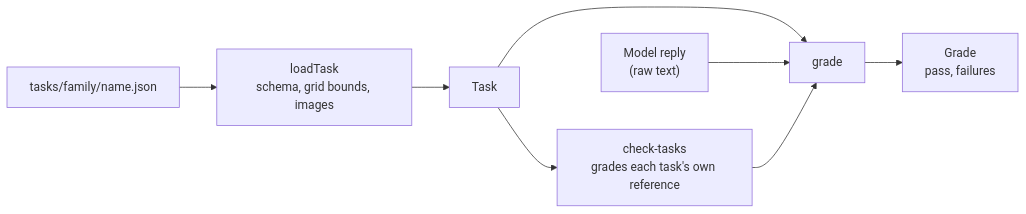
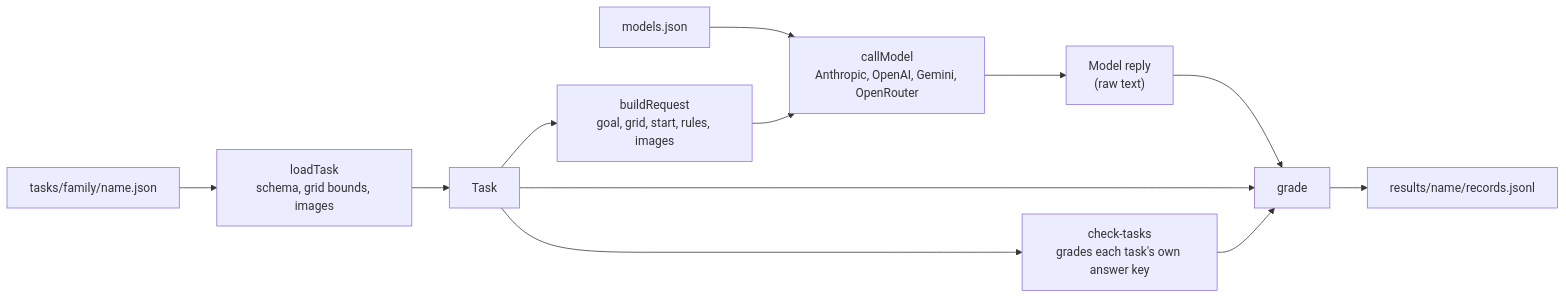
One commit to Ammaar-Alam/project-01-spatial-reasoning changed the first of 5 diagrams in docs/architecture.md. Above: the diagram before and after it, drawn with Mermaid. The commit also changed other lines of this file and 1 other file, not shown here.

First line of the commit message:
docs(readme): document running models and run architecture

````diff
--- a/docs/architecture.md
+++ b/docs/architecture.md
@@ -7,10 +7,14 @@
 ```mermaid
 flowchart LR
   file["tasks/family/name.json"] --> load["loadTask<br/>schema, grid bounds, images"]
   load --> task["Task"]
-  task --> grade["grade"]
-  reply["Model reply<br/>(raw text)"] --> grade
-  grade --> result["Grade<br/>pass, failures"]
-  task --> check["check-tasks<br/>grades each task's own reference"]
+  task --> request["buildRequest<br/>goal, grid, start, rules, images"]
+  config["models.json"] --> caller["callModel<br/>Anthropic, OpenAI, Gemini, OpenRouter"]
+  request --> caller
+  caller --> reply["Model reply<br/>(raw text)"]
+  reply --> grade["grade"]
+  task --> grade
+  grade --> records["results/name/records.jsonl"]
+  task --> check["check-tasks<br/>grades each task's own answer key"]
   check --> grade
 ```
````
